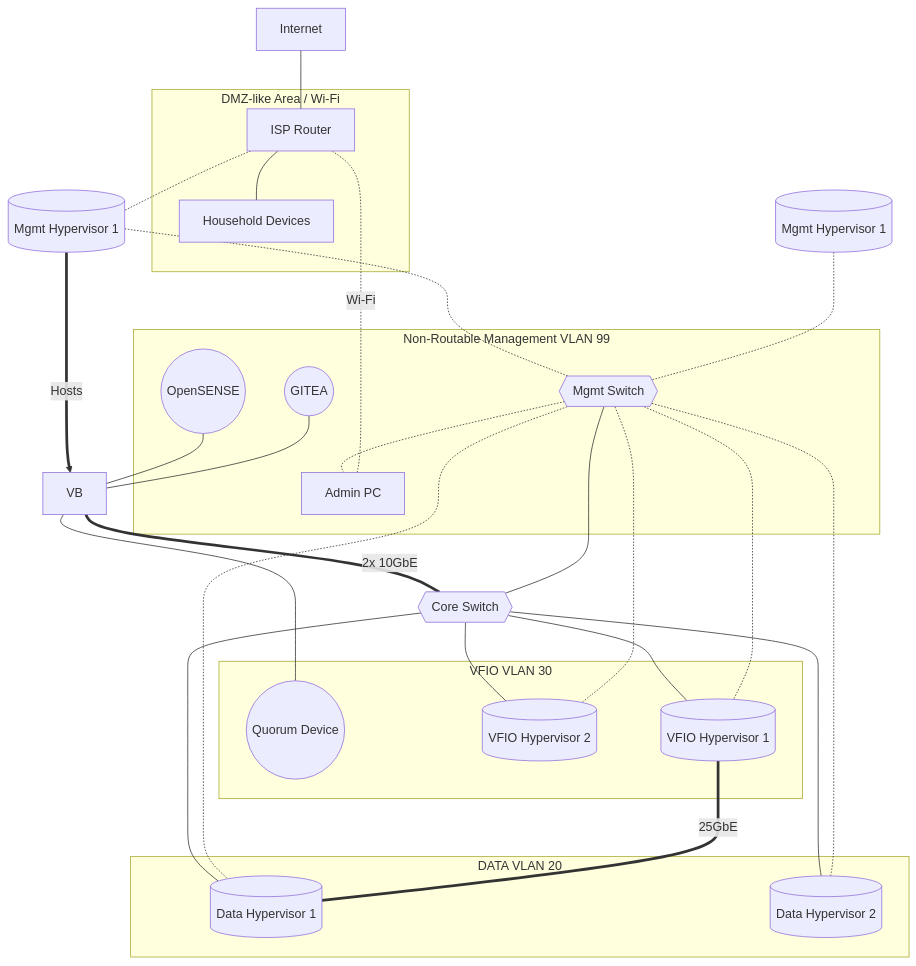
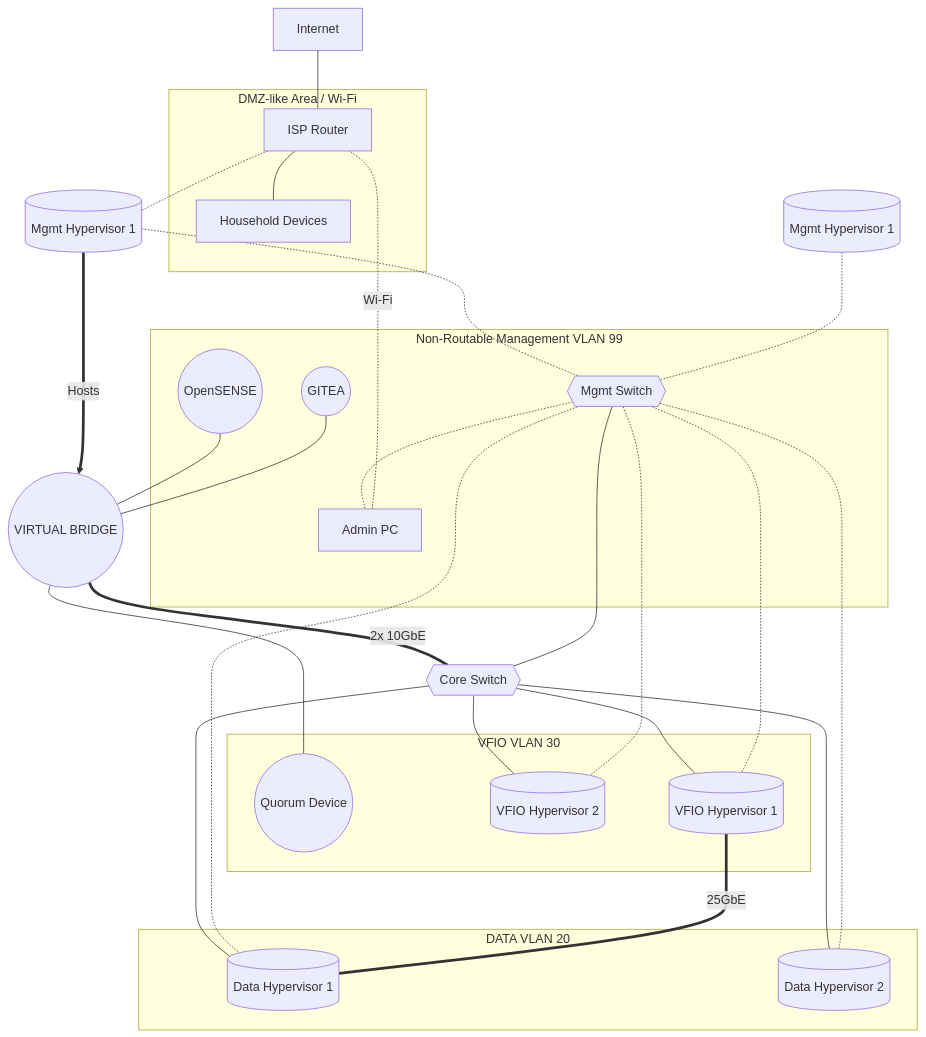
Before and after one commit to woeiru/lab: the diagram in arc/net1.md, drawn with Mermaid.

Commit message:
arc/net1.md: update virtual bridge label case

````diff
--- a/arc/net1.md
+++ b/arc/net1.md
@@ -3,44 +3,44 @@
 ```mermaid
 graph TD
     INT[Internet] --- ISPR[ISP Router]
     ISPR -.- MH1
-    OPN((OpenSENSE)) --- VB
+    OPN((OpenSENSE)) --- VB((VIRTUAL BRIDGE))
     GIT((GITEA)) --- VB
     VB --- QD((Quorum Device))
     VB ===|2x 10GbE| CS{{Core Switch}}
     MH1[(Mgmt Hypervisor 1)] -.-  MS{{Mgmt Switch}}
     MH2[(Mgmt Hypervisor 1)] -.-  MS{{Mgmt Switch}}
     MS --- CS
     MS -.- APC[Admin PC]
     APC -.-|Wi-Fi| ISPR
     MH1 ==>|Hosts| VB
     CS --- VH2[(VFIO Hypervisor 2)]
     MS -.- VH2
     ISPR --- HD[Household Devices]
     CS --- VH1[(VFIO Hypervisor 1)]
     MS -.- VH1
     CS --- DH1[(Data Hypervisor 1)]
     MS -.- DH1
     CS --- DH2[(Data Hypervisor 2)]
     MS -.- DH2
     VH1 ===|25GbE| DH1
     subgraph VLAN20 [DATA VLAN 20]
         DH1
         DH2
     end
     subgraph VLAN30 [VFIO VLAN 30]
         VH1
         VH2
         QD
     end
     subgraph VLAN99 [Non-Routable Management VLAN 99]
         MS
         APC
         OPN
         GIT
     end
     subgraph DMZ [DMZ-like Area / Wi-Fi]
         ISPR
         HD
     end
 ```
````
